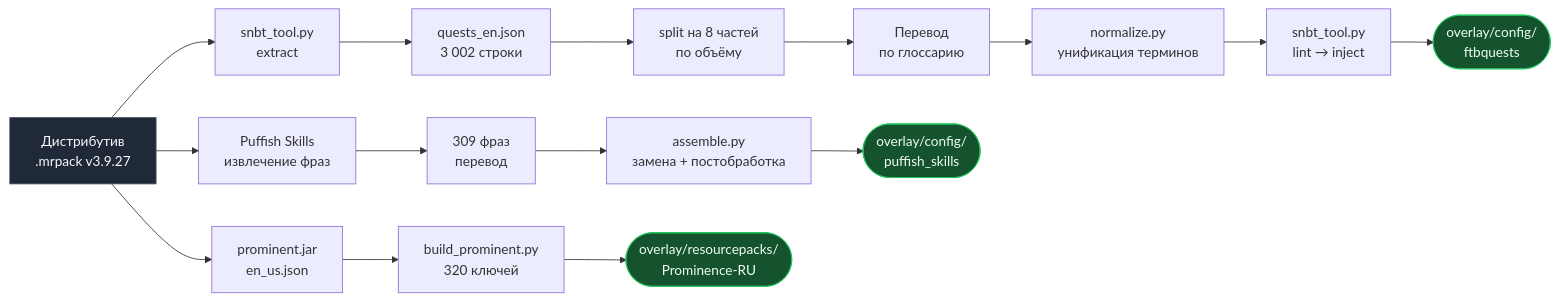
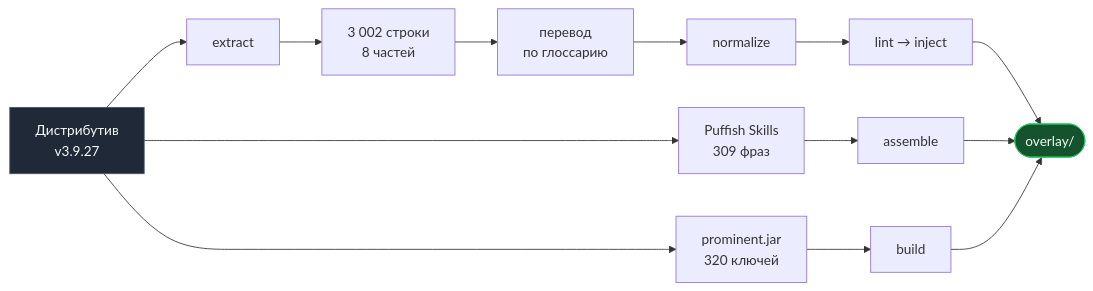
One commit to httpeacex/Prominence-2-Hasturian-Era-RU changed the diagram in README.md. Above: the diagram before and after it, drawn with Mermaid. The commit also changed other lines of this file, not shown here.

````diff
--- a/README.md
+++ b/README.md
@@ -173,26 +106,9 @@
 ```mermaid
 flowchart LR
-    A["Дистрибутив<br>.mrpack v3.9.27"] --> B["snbt_tool.py<br>extract"]
-    A --> C["Puffish Skills<br>извлечение фраз"]
-    A --> D["prominent.jar<br>en_us.json"]
-
-    B --> E["quests_en.json<br>3 002 строки"]
-    E --> F["split на 8 частей<br>по объёму"]
-    F --> G["Перевод<br>по глоссарию"]
-    G --> H["normalize.py<br>унификация терминов"]
-    H --> I["snbt_tool.py<br>lint → inject"]
-
-    C --> J["309 фраз<br>перевод"]
-    J --> K["assemble.py<br>замена + постобработка"]
-
-    D --> L["build_prominent.py<br>320 ключей"]
-
-    I --> M(["overlay/config/<br>ftbquests"])
-    K --> N(["overlay/config/<br>puffish_skills"])
-    L --> O(["overlay/resourcepacks/<br>Prominence-RU"])
+    A["Дистрибутив<br>v3.9.27"] --> B["extract"] --> C["3 002 строки<br>8 частей"] --> D["перевод<br>по глоссарию"] --> E["normalize"] --> F["lint → inject"] --> G(["overlay/"])
+    A --> H["Puffish Skills<br>309 фраз"] --> I["assemble"] --> G
+    A --> J["prominent.jar<br>320 ключей"] --> K["build"] --> G
 
     style A fill:#1f2937,stroke:#4b5563,color:#f9fafb
-    style M fill:#14532d,stroke:#22c55e,color:#f0fdf4
-    style N fill:#14532d,stroke:#22c55e,color:#f0fdf4
-    style O fill:#14532d,stroke:#22c55e,color:#f0fdf4
+    style G fill:#14532d,stroke:#22c55e,color:#f0fdf4
 ```
````
